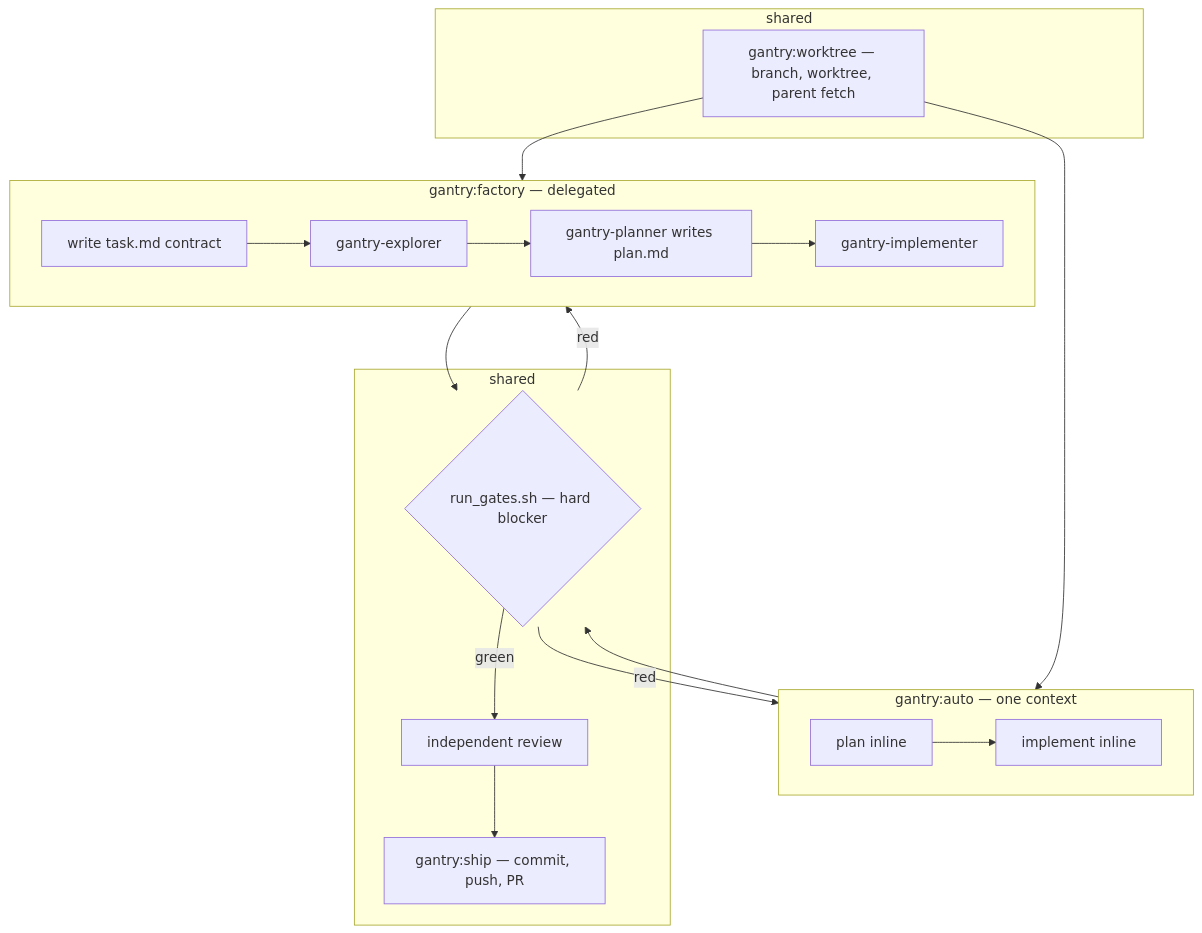
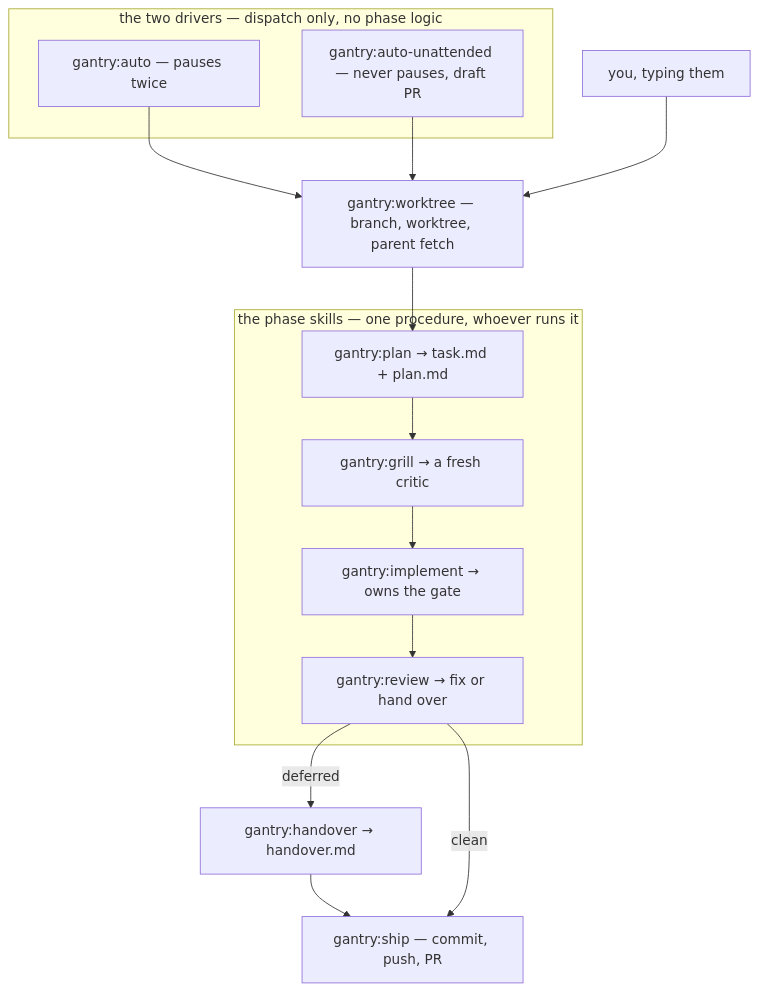
One commit to kostya-epifanov/claude-gantry changed the first of 2 diagrams in docs/ARCHITECTURE.md. Above: the diagram before and after it, drawn with Mermaid. The commit also changed other lines of this file and 29 other files, not shown here.

````diff
--- a/docs/ARCHITECTURE.md
+++ b/docs/ARCHITECTURE.md
@@ -36,26 +42,20 @@
 ```mermaid
 flowchart TB
-  subgraph shared1 ["shared"]
-    W["gantry:worktree — branch, worktree, parent fetch"]
+  subgraph drivers ["the two drivers — dispatch only, no phase logic"]
+    A["gantry:auto — pauses twice"]
+    U["gantry:auto-unattended — never pauses, draft PR"]
   end
-  subgraph autog ["gantry:auto — one context"]
-    A1["plan inline"] --> A2["implement inline"]
+  subgraph chain ["the phase skills — one procedure, whoever runs it"]
+    P["gantry:plan → task.md + plan.md"] --> GR["gantry:grill → a fresh critic"]
+    GR --> I["gantry:implement → owns the gate"]
+    I --> RV["gantry:review → fix or hand over"]
   end
-  subgraph fac ["gantry:factory — delegated"]
-    F0["write task.md contract"] --> F1["gantry-explorer"]
-    F1 --> F2["gantry-planner writes plan.md"]
-    F2 --> F3["gantry-implementer"]
-  end
-  subgraph shared2 ["shared"]
-    G{"run_gates.sh — hard blocker"}
-    R["independent review"]
-    S["gantry:ship — commit, push, PR"]
-  end
-  W --> autog
-  W --> fac
-  autog --> G
-  fac --> G
-  G -- "red" --> autog
-  G -- "red" --> fac
-  G -- "green" --> R --> S
+  W["gantry:worktree — branch, worktree, parent fetch"] --> P
+  H["gantry:handover → handover.md"]
+  S["gantry:ship — commit, push, PR"]
+  A --> W
+  U --> W
+  You["you, typing them"] --> W
+  RV -- "deferred" --> H --> S
+  RV -- "clean" --> S
 ```
````
